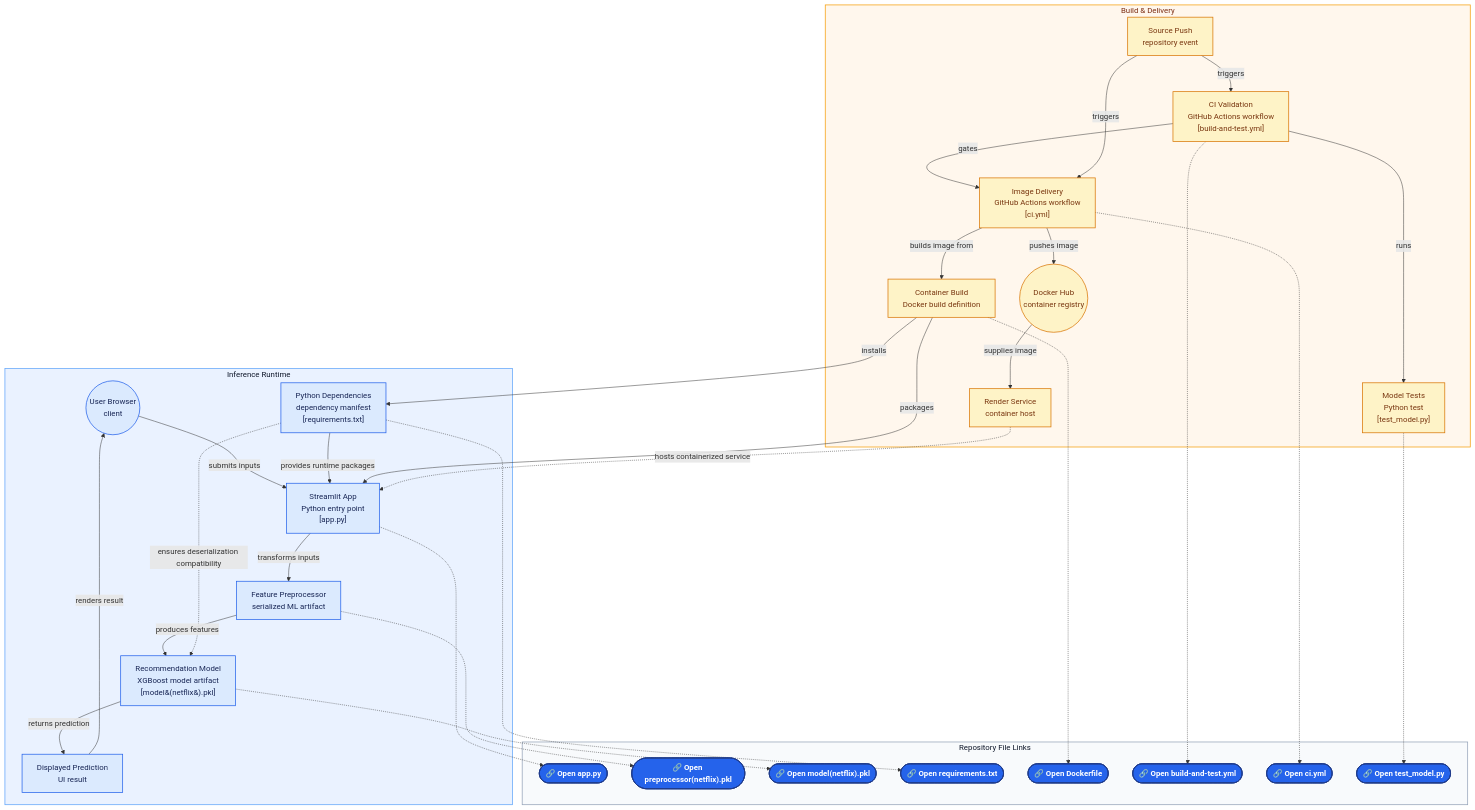
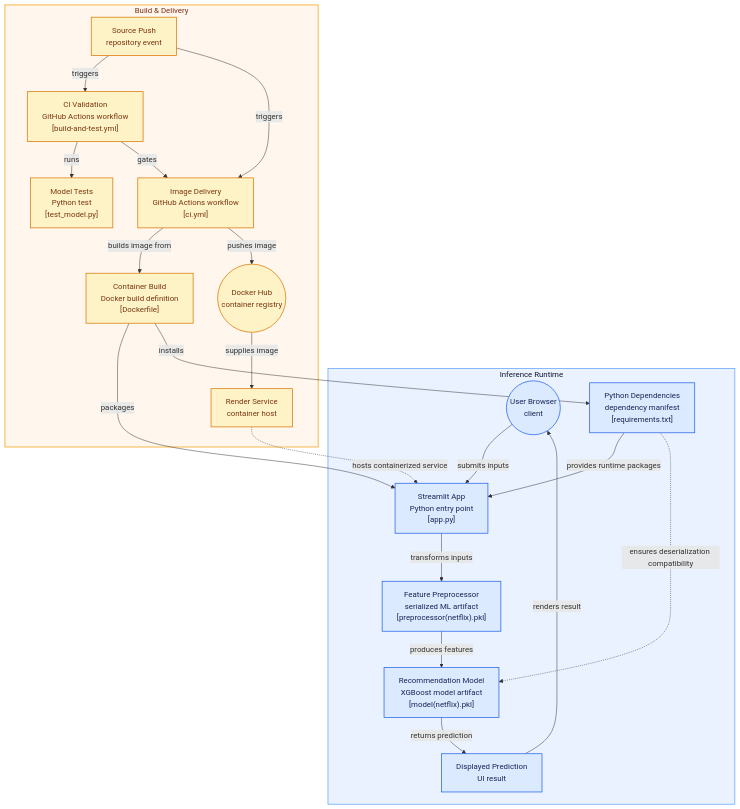
Before and after one commit to cnadupuri/Netflix-Recommender-ML: the diagram in project structure.md, drawn with Mermaid.

Commit message:
Attach repository links directly to architecture diagram nodes

````diff
--- a/project structure.md
+++ b/project structure.md
@@ -3,79 +3,57 @@
 ```mermaid
 flowchart TD
 
 subgraph group_inference["Inference Runtime"]
   node_browser(("User Browser<br/>client"))
   node_streamlit_app["Streamlit App<br/>Python entry point<br/>[app.py]"]
-  node_preprocessor["Feature Preprocessor<br/>serialized ML artifact"]
-  node_model["Recommendation Model<br/>XGBoost model artifact<br/>[model&#40;netflix&#41;.pkl]"]
+  node_preprocessor["Feature Preprocessor<br/>serialized ML artifact<br/>[preprocessor(netflix).pkl]"]
+  node_model["Recommendation Model<br/>XGBoost model artifact<br/>[model(netflix).pkl]"]
   node_prediction["Displayed Prediction<br/>UI result"]
   node_dependencies["Python Dependencies<br/>dependency manifest<br/>[requirements.txt]"]
 end
 
 subgraph group_delivery["Build &amp; Delivery"]
-  node_dockerfile["Container Build<br/>Docker build definition"]
+  node_dockerfile["Container Build<br/>Docker build definition<br/>[Dockerfile]"]
   node_source_push["Source Push<br/>repository event"]
   node_ci_workflow["CI Validation<br/>GitHub Actions workflow<br/>[build-and-test.yml]"]
   node_delivery_workflow["Image Delivery<br/>GitHub Actions workflow<br/>[ci.yml]"]
   node_model_test["Model Tests<br/>Python test<br/>[test_model.py]"]
   node_docker_hub(("Docker Hub<br/>container registry"))
   node_render["Render Service<br/>container host"]
-end
-
-subgraph group_links["Repository File Links"]
-  link_app(["🔗 Open app.py"])
-  link_preprocessor(["🔗 Open preprocessor(netflix).pkl"])
-  link_model(["🔗 Open model(netflix).pkl"])
-  link_requirements(["🔗 Open requirements.txt"])
-  link_dockerfile(["🔗 Open Dockerfile"])
-  link_ci(["🔗 Open build-and-test.yml"])
-  link_delivery(["🔗 Open ci.yml"])
-  link_tests(["🔗 Open test_model.py"])
 end
 
 node_browser -->|"submits inputs"| node_streamlit_app
 node_streamlit_app -->|"transforms inputs"| node_preprocessor
 node_preprocessor -->|"produces features"| node_model
 node_model -->|"returns prediction"| node_prediction
 node_prediction -->|"renders result"| node_browser
 node_dependencies -->|"provides runtime packages"| node_streamlit_app
 node_dependencies -.->|"ensures deserialization compatibility"| node_model
 node_dockerfile -->|"packages"| node_streamlit_app
 node_dockerfile -->|"installs"| node_dependencies
 node_source_push -->|"triggers"| node_ci_workflow
 node_ci_workflow -->|"runs"| node_model_test
 node_ci_workflow -->|"gates"| node_delivery_workflow
 node_source_push -->|"triggers"| node_delivery_workflow
 node_delivery_workflow -->|"builds image from"| node_dockerfile
 node_delivery_workflow -->|"pushes image"| node_docker_hub
 node_docker_hub -->|"supplies image"| node_render
 node_render -.->|"hosts containerized service"| node_streamlit_app
 
-node_streamlit_app -.-> link_app
-node_preprocessor -.-> link_preprocessor
-node_model -.-> link_model
-node_dependencies -.-> link_requirements
-node_dockerfile -.-> link_dockerfile
-node_ci_workflow -.-> link_ci
-node_delivery_workflow -.-> link_delivery
-node_model_test -.-> link_tests
-
-click link_app "https://github.com/cnadupuri/netflix-recommender-ml/blob/main/app.py" "Open Streamlit application"
-click link_preprocessor "https://github.com/cnadupuri/netflix-recommender-ml/blob/main/preprocessor(netflix).pkl" "Open feature preprocessor"
-click link_model "https://github.com/cnadupuri/netflix-recommender-ml/blob/main/model(netflix).pkl" "Open recommendation model"
-click link_requirements "https://github.com/cnadupuri/netflix-recommender-ml/blob/main/requirements.txt" "Open dependencies"
-click link_dockerfile "https://github.com/cnadupuri/netflix-recommender-ml/blob/main/Dockerfile" "Open Dockerfile"
-click link_ci "https://github.com/cnadupuri/netflix-recommender-ml/blob/main/.github/workflows/build-and-test.yml" "Open validation workflow"
-click link_delivery "https://github.com/cnadupuri/netflix-recommender-ml/blob/main/.github/workflows/ci.yml" "Open delivery workflow"
-click link_tests "https://github.com/cnadupuri/netflix-recommender-ml/blob/main/test_model.py" "Open model tests"
+%% Clickable links are attached directly to the related diagram boxes.
+click node_streamlit_app "https://github.com/cnadupuri/netflix-recommender-ml/blob/main/app.py" "Open Streamlit application"
+click node_preprocessor "https://github.com/cnadupuri/netflix-recommender-ml/blob/main/preprocessor(netflix).pkl" "Open feature preprocessor"
+click node_model "https://github.com/cnadupuri/netflix-recommender-ml/blob/main/model(netflix).pkl" "Open recommendation model"
+click node_dependencies "https://github.com/cnadupuri/netflix-recommender-ml/blob/main/requirements.txt" "Open dependencies"
+click node_dockerfile "https://github.com/cnadupuri/netflix-recommender-ml/blob/main/Dockerfile" "Open Dockerfile"
+click node_ci_workflow "https://github.com/cnadupuri/netflix-recommender-ml/blob/main/.github/workflows/build-and-test.yml" "Open validation workflow"
+click node_delivery_workflow "https://github.com/cnadupuri/netflix-recommender-ml/blob/main/.github/workflows/ci.yml" "Open delivery workflow"
+click node_model_test "https://github.com/cnadupuri/netflix-recommender-ml/blob/main/test_model.py" "Open model tests"
 
 classDef toneBlue fill:#dbeafe,stroke:#2563eb,stroke-width:1.5px,color:#172554
 classDef toneAmber fill:#fef3c7,stroke:#d97706,stroke-width:1.5px,color:#78350f
-classDef toneButton fill:#2563eb,stroke:#1e3a8a,stroke-width:2px,color:#ffffff,font-weight:bold
 class node_browser,node_streamlit_app,node_preprocessor,node_model,node_prediction,node_dependencies toneBlue
 class node_dockerfile,node_source_push,node_ci_workflow,node_delivery_workflow,node_model_test,node_docker_hub,node_render toneAmber
-class link_app,link_preprocessor,link_model,link_requirements,link_dockerfile,link_ci,link_delivery,link_tests toneButton
 style group_inference fill:#eaf2ff,stroke:#60a5fa,stroke-width:1.5px,color:#0f172a
 style group_delivery fill:#fff7ed,stroke:#f59e0b,stroke-width:1.5px,color:#7c2d12
-style group_links fill:#f8fafc,stroke:#94a3b8,stroke-width:1.5px,color:#0f172a
 ```
````
